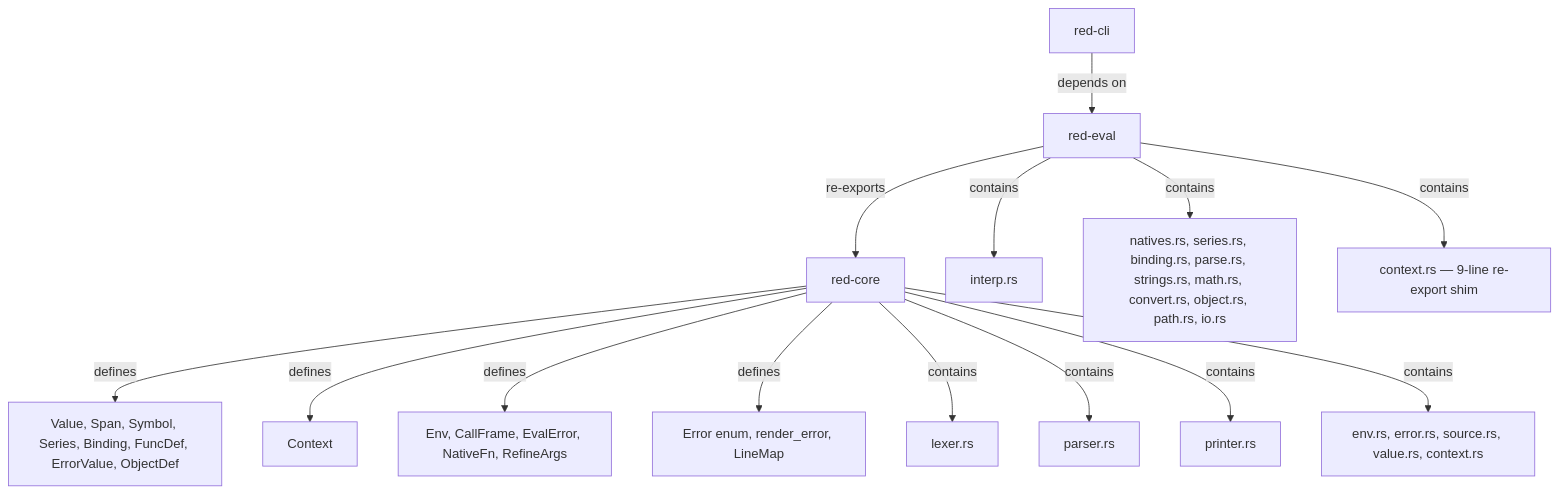
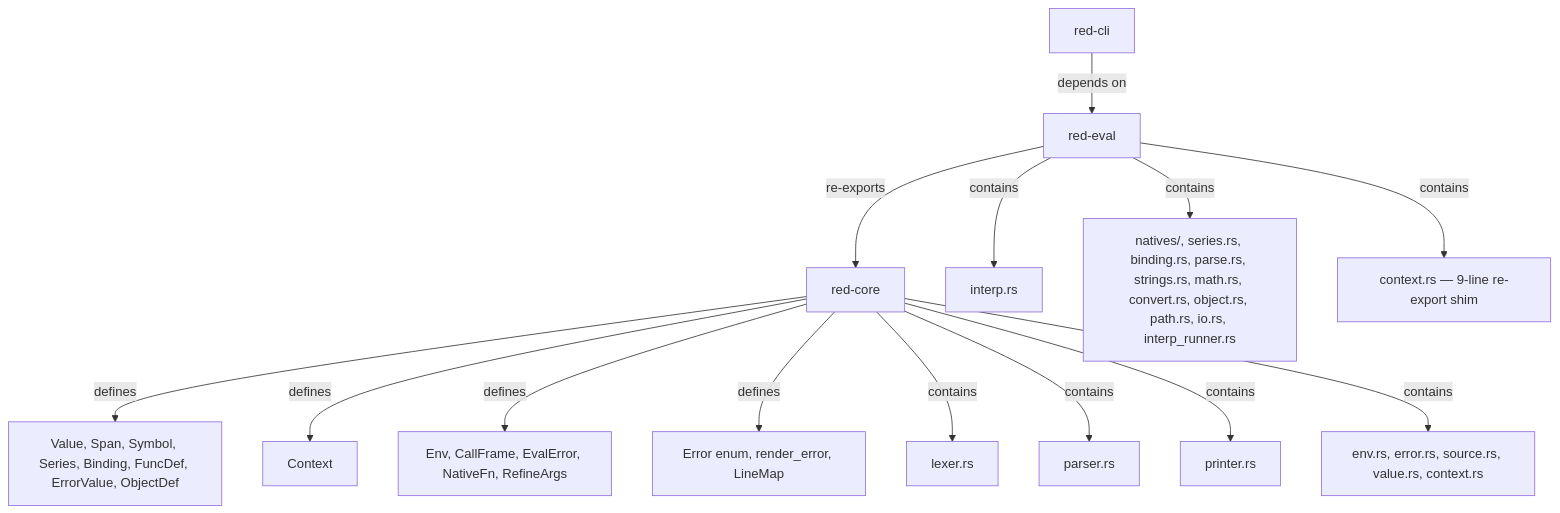
One commit to mhs/rebol-clone-glm-5.2 changed the second of 2 diagrams in architecture.md. Above: the diagram before and after it, drawn with Mermaid. The commit also changed other lines of this file and 16 other files, not shown here.

First line of the commit message:
refactor(m36): split natives.rs into natives/ + extract interp_runner.rs

````diff
--- a/architecture.md
+++ b/architecture.md
@@ -25,16 +25,16 @@
 ```mermaid
 flowchart TD
   RC[red-core] -->|defines| V[Value, Span, Symbol, Series, Binding, FuncDef, ErrorValue, ObjectDef]
   RC -->|defines| CTX[Context]
   RC -->|defines| ENV[Env, CallFrame, EvalError, NativeFn, RefineArgs]
   RC -->|defines| ERR[Error enum, render_error, LineMap]
   RC -->|contains| L[lexer.rs]
   RC -->|contains| P[parser.rs]
   RC -->|contains| PR[printer.rs]
   RC -->|contains| E2[env.rs, error.rs, source.rs, value.rs, context.rs]
   RE[red-eval] -->|re-exports| RC
   RE -->|contains| I[interp.rs]
-  RE -->|contains| N[natives.rs, series.rs, binding.rs, parse.rs, strings.rs, math.rs, convert.rs, object.rs, path.rs, io.rs]
+  RE -->|contains| N[natives/, series.rs, binding.rs, parse.rs, strings.rs, math.rs, convert.rs, object.rs, path.rs, io.rs, interp_runner.rs]
   RE -->|contains| CR[context.rs — 9-line re-export shim]
   CLI[red-cli] -->|depends on| RE
 ```
````
